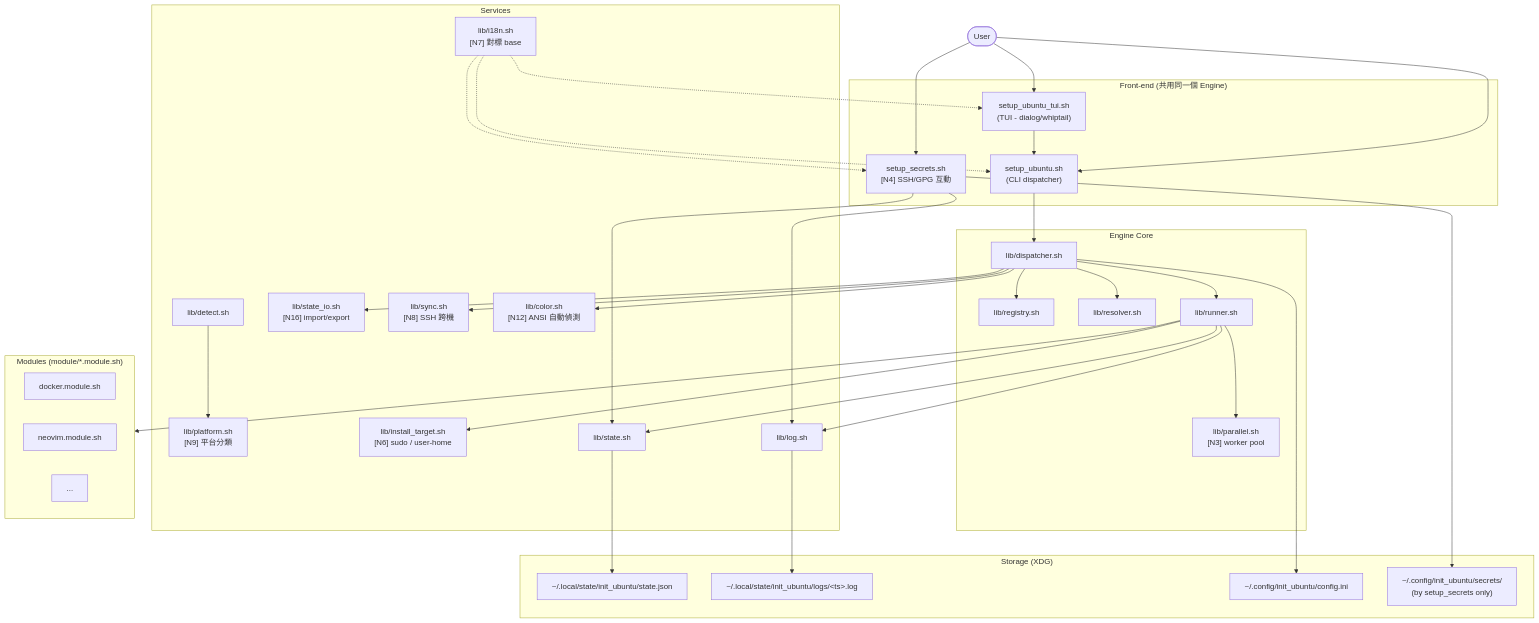
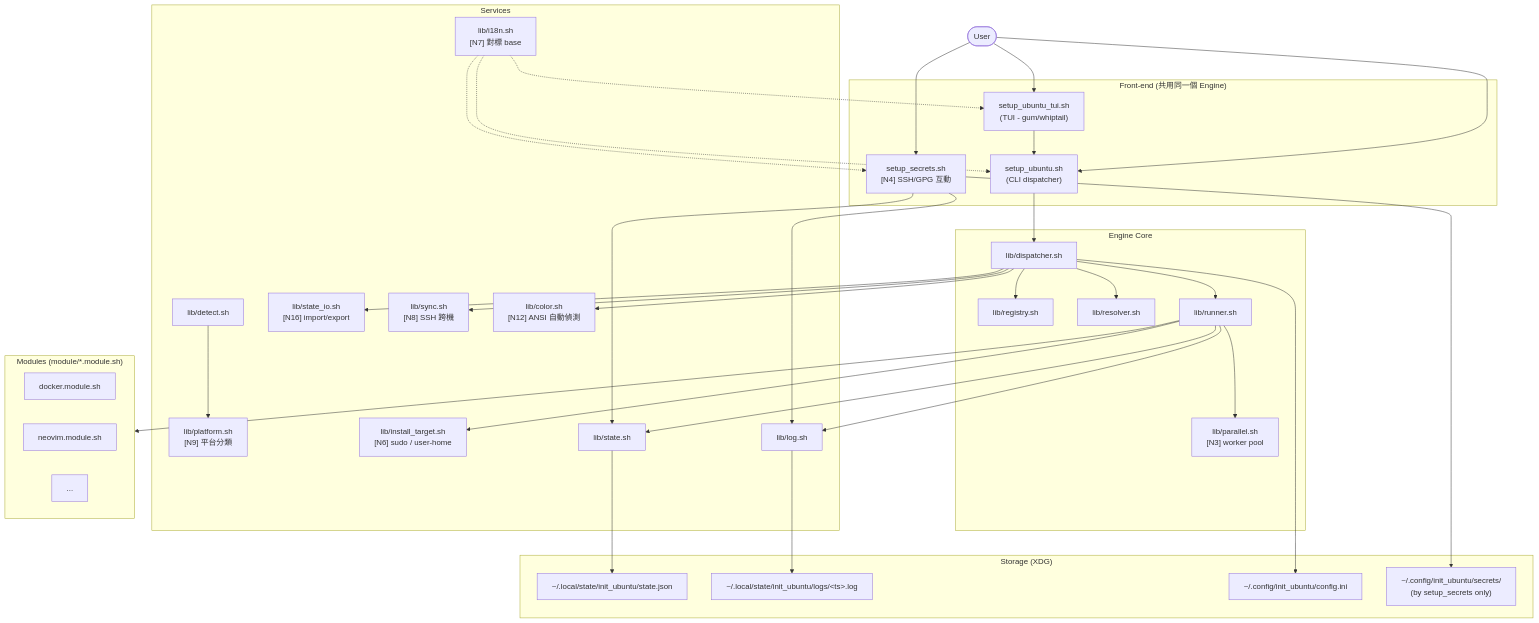
The first of 7 diagrams in doc/architecture.md (ycpss91255/initialization), drawn with Mermaid before and after one commit. The commit also changed other lines of this file and 4 other files, not shown here.

First line of the commit message:
docs(tui): ADR-0023 gum preferred backend; gum>whiptail, drop dialog (#171)

````diff
--- a/doc/architecture.md
+++ b/doc/architecture.md
@@ -11,73 +11,73 @@
 ```mermaid
 graph TB
     user([User])
 
     subgraph frontend["Front-end (共用同一個 Engine)"]
         cli["setup_ubuntu.sh<br/>(CLI dispatcher)"]
-        tui["setup_ubuntu_tui.sh<br/>(TUI - dialog/whiptail)"]
+        tui["setup_ubuntu_tui.sh<br/>(TUI - gum/whiptail)"]
         secrets["setup_secrets.sh<br/>[N4] SSH/GPG 互動"]
     end
 
     subgraph engine["Engine Core"]
         dispatcher["lib/dispatcher.sh"]
         registry["lib/registry.sh"]
         resolver["lib/resolver.sh"]
         runner["lib/runner.sh"]
         parallel["lib/parallel.sh<br/>[N3] worker pool"]
     end
 
     subgraph services["Services"]
         detect["lib/detect.sh"]
         platform["lib/platform.sh<br/>[N9] 平台分類"]
         install_tgt["lib/install_target.sh<br/>[N6] sudo / user-home"]
         state["lib/state.sh"]
         importer["lib/state_io.sh<br/>[N16] import/export"]
         sync["lib/sync.sh<br/>[N8] SSH 跨機"]
         log_svc["lib/log.sh"]
         i18n["lib/i18n.sh<br/>[N7] 對標 base"]
         color["lib/color.sh<br/>[N12] ANSI 自動偵測"]
     end
 
     subgraph modules["Modules (module/*.module.sh)"]
         m_docker["docker.module.sh"]
         m_neovim["neovim.module.sh"]
         m_etc["..."]
     end
 
     subgraph storage["Storage (XDG)"]
         state_json["~/.local/state/init_ubuntu/state.json"]
         log_file["~/.local/state/init_ubuntu/logs/&lt;ts&gt;.log"]
         config_ini["~/.config/init_ubuntu/config.ini"]
         secrets_dir["~/.config/init_ubuntu/secrets/<br/>(by setup_secrets only)"]
     end
 
     user --> cli
     user --> tui
     user --> secrets
     cli --> dispatcher
     tui --> cli
     secrets --> state
     secrets --> log_svc
 
     dispatcher --> registry
     dispatcher --> resolver
     dispatcher --> runner
     dispatcher --> sync
     dispatcher --> importer
     dispatcher --> color
 
     runner --> parallel
     runner --> install_tgt
     runner --> modules
     runner --> state
     runner --> log_svc
 
     detect --> platform
     state --> state_json
     log_svc --> log_file
     dispatcher --> config_ini
     secrets --> secrets_dir
     i18n -.-> cli
     i18n -.-> tui
     i18n -.-> secrets
 ```
````
